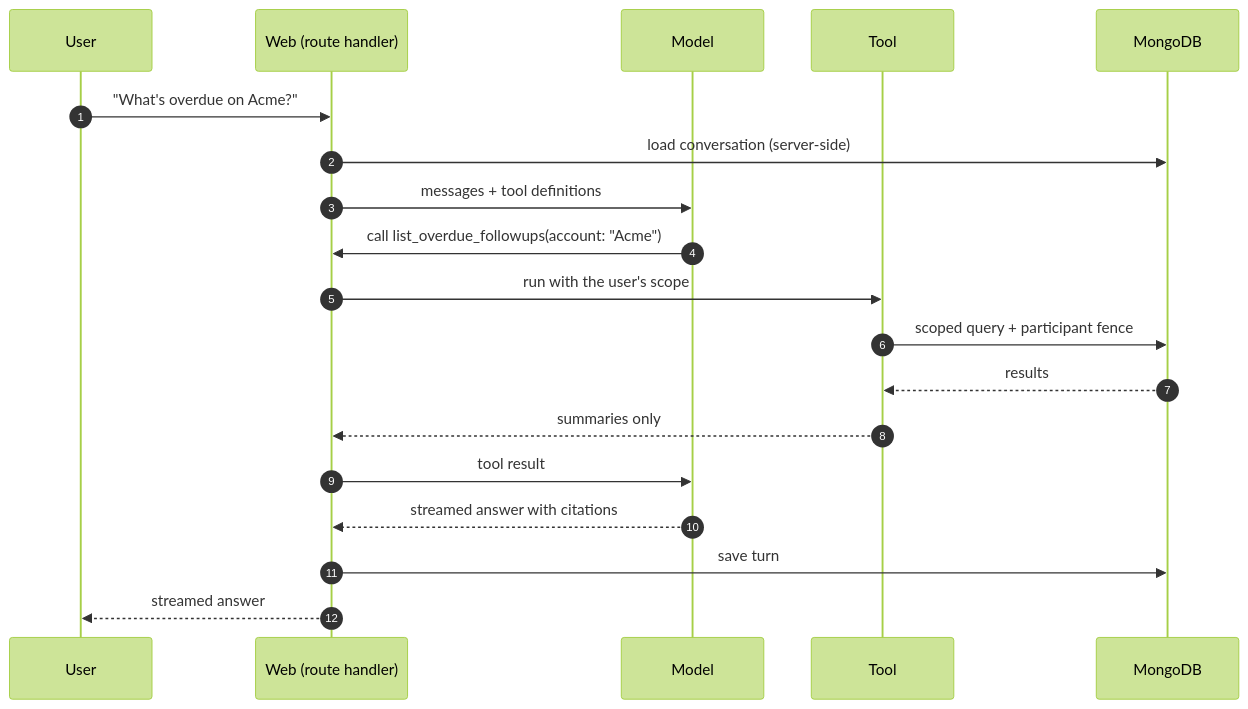
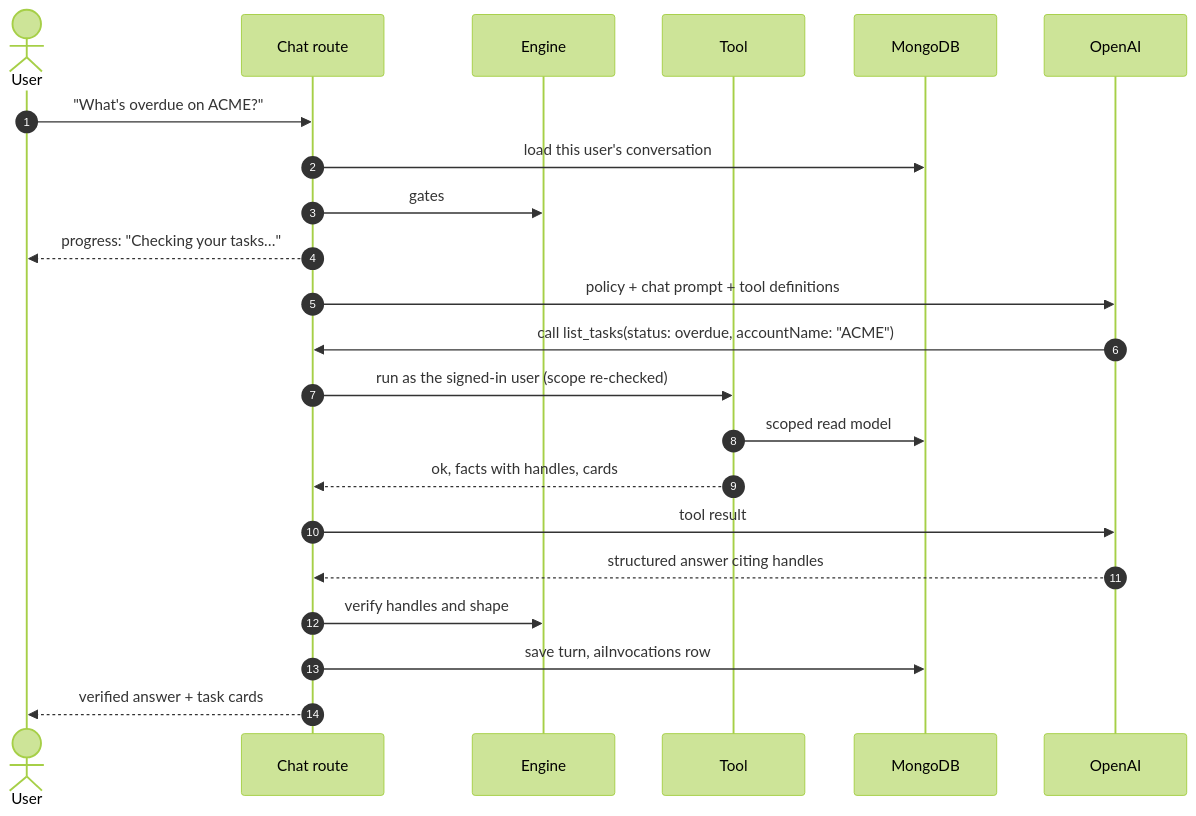
The fourth of 4 diagrams in docs/architecture/ai.md (sonishivam1/ambient-crm), drawn with Mermaid (forest theme) before and after one commit. The commit also changed other lines of this file and 11 other files, not shown here.

````diff
--- a/docs/architecture/ai.md
+++ b/docs/architecture/ai.md
@@ -35,21 +267,24 @@
 ```mermaid
 sequenceDiagram
   autonumber
-  participant U as User
-  participant W as Web (route handler)
-  participant M as Model
+  actor U as User
+  participant W as Chat route
+  participant E as Engine
   participant T as Tool
   participant DB as MongoDB
-  U->>W: "What's overdue on Acme?"
-  W->>DB: load conversation (server-side)
-  W->>M: messages + tool definitions
-  M->>W: call list_overdue_followups(account: "Acme")
-  W->>T: run with the user's scope
-  T->>DB: scoped query + participant fence
-  DB-->>T: results
-  T-->>W: summaries only
+  participant M as OpenAI
+  U->>W: "What's overdue on ACME?"
+  W->>DB: load this user's conversation
+  W->>E: gates
+  W-->>U: progress: "Checking your tasks…"
+  W->>M: policy + chat prompt + tool definitions
+  M->>W: call list_tasks(status: overdue, accountName: "ACME")
+  W->>T: run as the signed-in user (scope re-checked)
+  T->>DB: scoped read model
+  T-->>W: ok, facts with handles, cards
   W->>M: tool result
-  M-->>W: streamed answer with citations
-  W->>DB: save turn
-  W-->>U: streamed answer
+  M-->>W: structured answer citing handles
+  W->>E: verify handles and shape
+  W->>DB: save turn, aiInvocations row
+  W-->>U: verified answer + task cards
 ```
````
